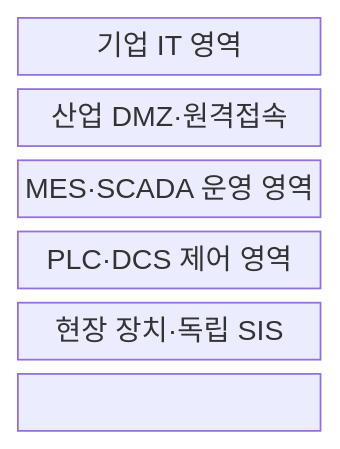
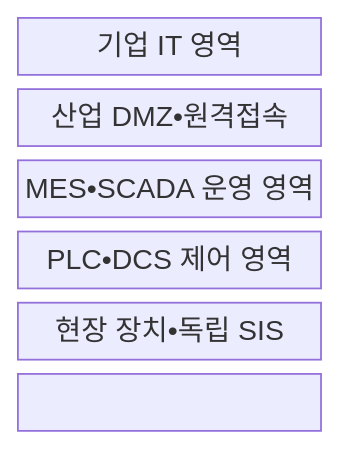
The first of 2 diagrams in src/content/docs/notes/05-security/133_ot_security_smart_factory.md (agnusdei1207/knowledge-base), drawn with Mermaid before and after one commit. The commit also changed other lines of this file and 953 other files, not shown here.

````diff
--- a/src/content/docs/notes/05-security/133_ot_security_smart_factory.md
+++ b/src/content/docs/notes/05-security/133_ot_security_smart_factory.md
@@ -68,11 +68,11 @@
 ```mermaid
 block-beta
   columns 1
   I["기업 IT 영역"]
-  D["산업 DMZ·원격접속"]
-  O["MES·SCADA 운영 영역"]
-  C["PLC·DCS 제어 영역"]
-  S["현장 장치·독립 SIS"]
+  D["산업 DMZ•원격접속"]
+  O["MES•SCADA 운영 영역"]
+  C["PLC•DCS 제어 영역"]
+  S["현장 장치•독립 SIS"]
   I --- D --- O
   O --- C --- S
 ```
````
